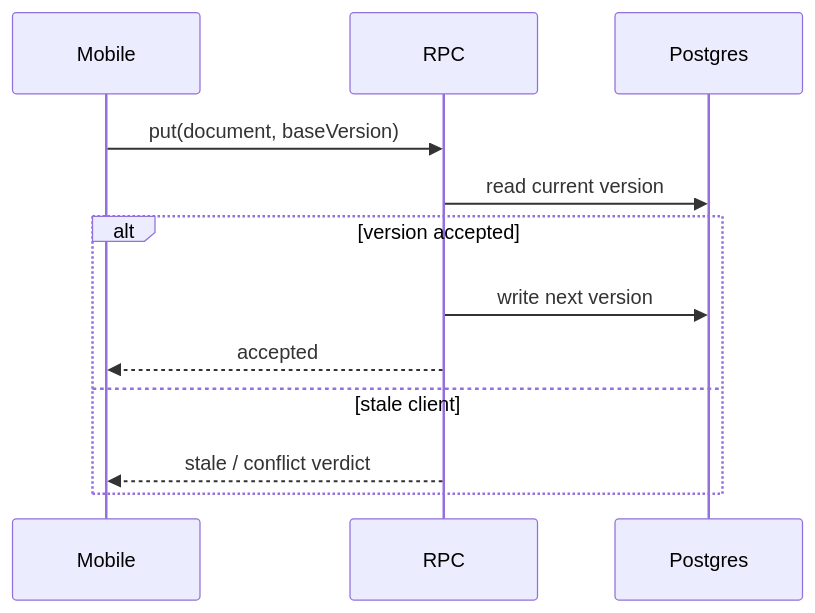
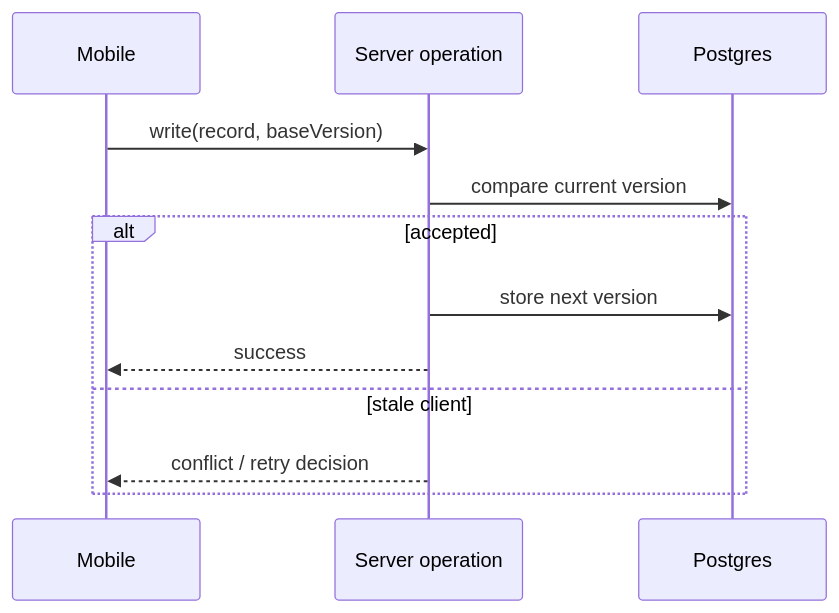
Before and after one commit to momaoalo/halaty-project-showcase: the second of 3 diagrams in docs/BACKEND-AND-DATA.md, drawn with Mermaid. The commit also changed other lines of this file, not shown here.

````diff
--- a/docs/BACKEND-AND-DATA.md
+++ b/docs/BACKEND-AND-DATA.md
@@ -69,15 +51,15 @@
 ```mermaid
 sequenceDiagram
     participant M as Mobile
-    participant R as RPC
+    participant R as Server operation
     participant D as Postgres
 
-    M->>R: put(document, baseVersion)
-    R->>D: read current version
-    alt version accepted
-        R->>D: write next version
-        R-->>M: accepted
+    M->>R: write(record, baseVersion)
+    R->>D: compare current version
+    alt accepted
+        R->>D: store next version
+        R-->>M: success
     else stale client
-        R-->>M: stale / conflict verdict
+        R-->>M: conflict / retry decision
     end
 ```
````
